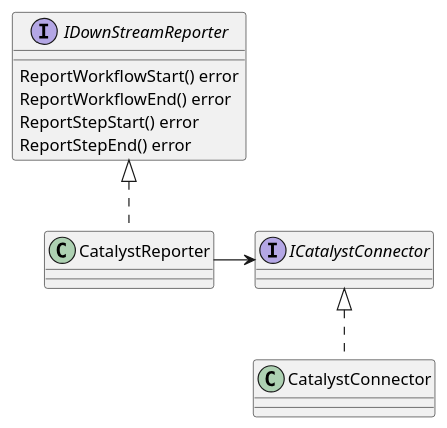
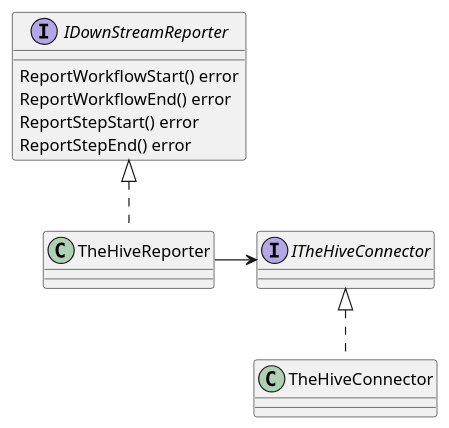
One commit to COSSAS/SOARCA changed the third of 3 diagrams in docs/content/en/docs/core-components/reporting.md. Above: the diagram before and after it, drawn with PlantUML. The commit also changed other lines of this file and 1 other file, not shown here.

Commit message:
change catalyst to the hive again lol

````diff
--- a/docs/content/en/docs/core-components/reporting.md
+++ b/docs/content/en/docs/core-components/reporting.md
@@ -143,23 +143,23 @@
 ```plantuml
 @startuml
 set separator ::
 
 interface IDownStreamReporter {
     ReportWorkflowStart() error
     ReportWorkflowEnd() error
 	ReportStepStart() error
 	ReportStepEnd() error
 }
 
-interface ICatalystConnector {
+interface ITheHiveConnector {
 }
 
 
-class CatalystReporter
-class CatalystConnector
+class TheHiveReporter
+class TheHiveConnector
 
-CatalystReporter .up.|> IDownStreamReporter
-CatalystReporter -right-> ICatalystConnector
-CatalystConnector .up.|> ICatalystConnector
+TheHiveReporter .up.|> IDownStreamReporter
+TheHiveReporter -right-> ITheHiveConnector
+TheHiveConnector .up.|> ITheHiveConnector
 
 ```
````
